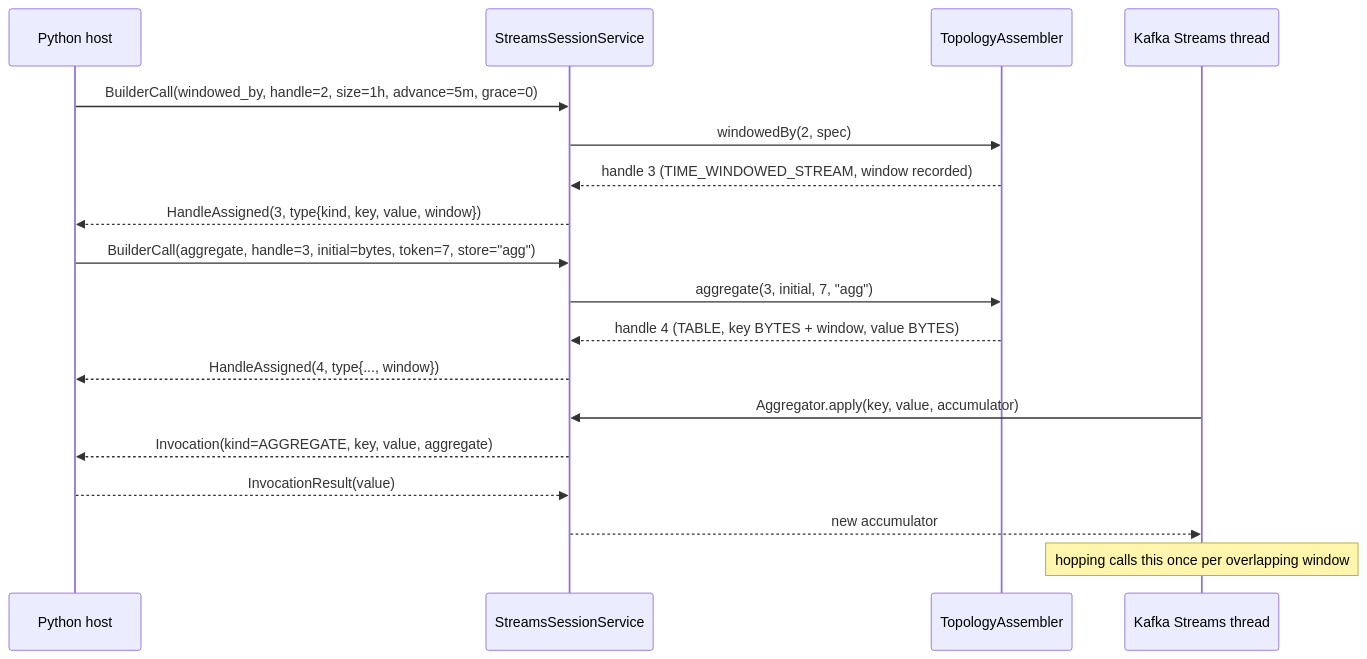
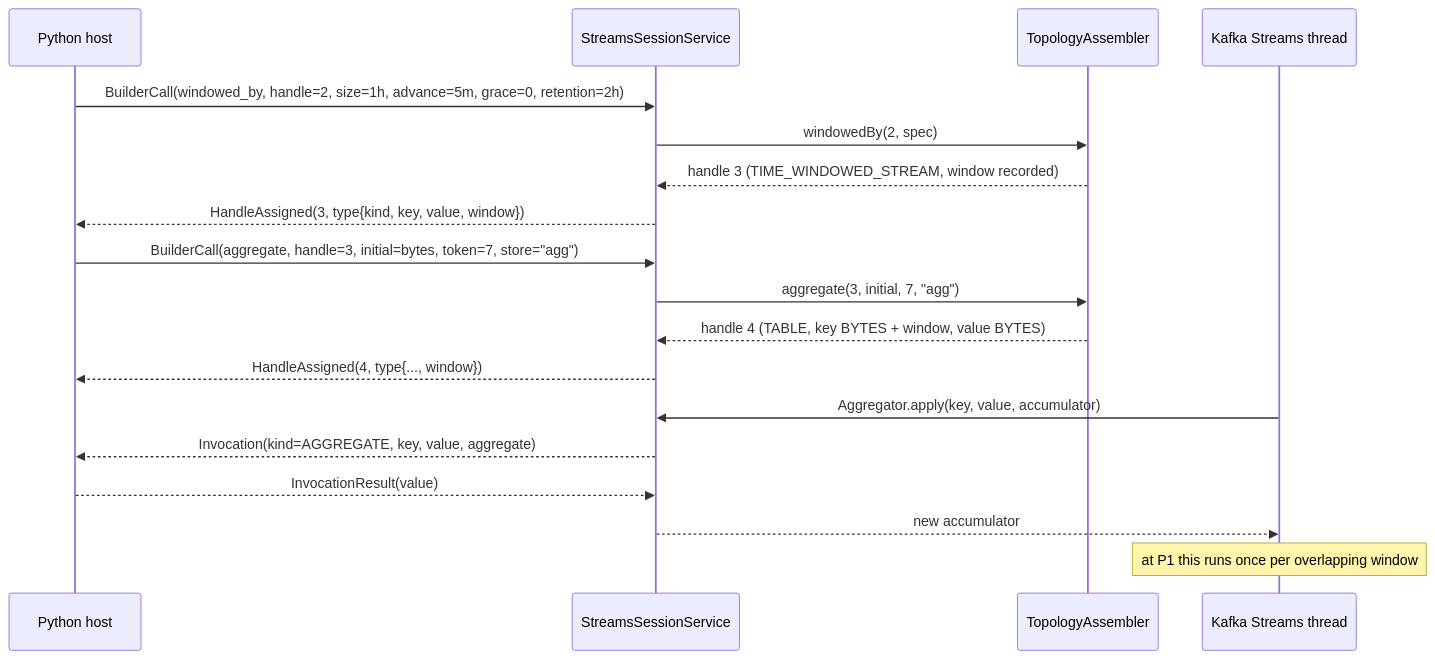
Before and after one commit to astubbs/parallel-consumer: the second of 4 diagrams in docs/plans/2026-08-25-001-feat-streams-windowed-aggregation-plan.md, drawn with Mermaid. The commit also changed other lines of this file, not shown here.

````diff
--- a/docs/plans/2026-08-25-001-feat-streams-windowed-aggregation-plan.md
+++ b/docs/plans/2026-08-25-001-feat-streams-windowed-aggregation-plan.md
@@ -121,20 +166,20 @@
 ```mermaid
 sequenceDiagram
     participant H as Python host
     participant S as StreamsSessionService
     participant A as TopologyAssembler
     participant K as Kafka Streams thread
-    H->>S: BuilderCall(windowed_by, handle=2, size=1h, advance=5m, grace=0)
+    H->>S: BuilderCall(windowed_by, handle=2, size=1h, advance=5m, grace=0, retention=2h)
     S->>A: windowedBy(2, spec)
     A-->>S: handle 3 (TIME_WINDOWED_STREAM, window recorded)
     S-->>H: HandleAssigned(3, type{kind, key, value, window})
     H->>S: BuilderCall(aggregate, handle=3, initial=bytes, token=7, store="agg")
     S->>A: aggregate(3, initial, 7, "agg")
     A-->>S: handle 4 (TABLE, key BYTES + window, value BYTES)
     S-->>H: HandleAssigned(4, type{..., window})
     K->>S: Aggregator.apply(key, value, accumulator)
     S-->>H: Invocation(kind=AGGREGATE, key, value, aggregate)
     H-->>S: InvocationResult(value)
     S-->>K: new accumulator
-    Note over K: hopping calls this once per overlapping window
+    Note over K: at P1 this runs once per overlapping window
 ```
````
